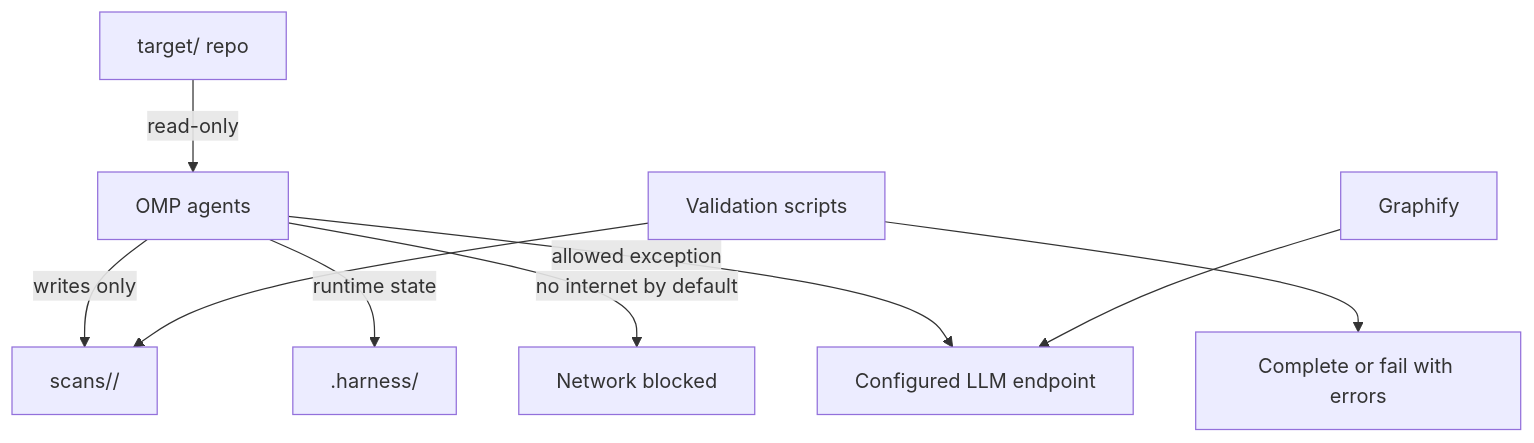
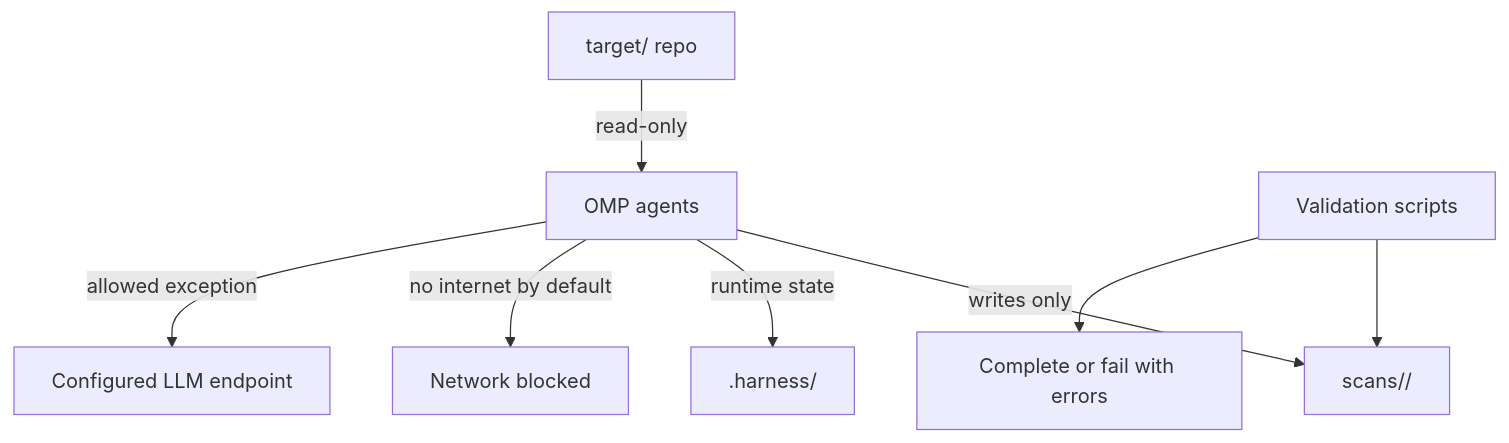
Before and after one commit to xfhg/vulnops: the seventh of 7 diagrams in ARCHITECTURE.md, drawn with Mermaid. The commit also changed other lines of this file and 39 other files, not shown here.

````diff
--- a/ARCHITECTURE.md
+++ b/ARCHITECTURE.md
@@ -185,11 +184,10 @@
 ```mermaid
 flowchart TD
     Target["target/ repo"] -->|read-only| Agents["OMP agents"]
     Agents -->|writes only| Scan["scans/<repo-id>/"]
     Agents -->|runtime state| Harness[".harness/"]
     Agents -->|no internet by default| NetworkBlock["Network blocked"]
     Agents -->|allowed exception| LLM["Configured LLM endpoint"]
-    Graphify["Graphify"] --> LLM
     Validators["Validation scripts"] --> Scan
     Validators --> Decision["Complete or fail with errors"]
 ```
````
